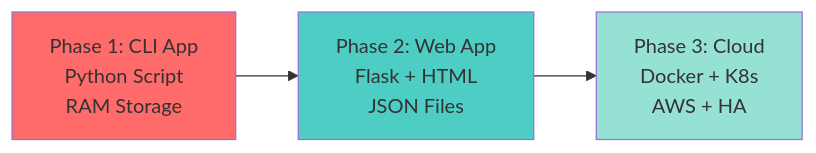
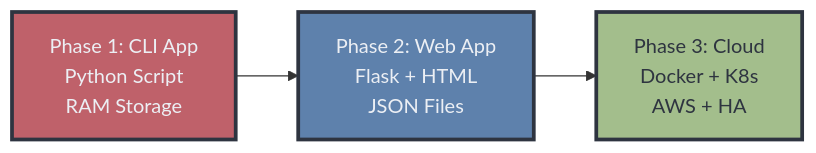
One commit to ArtiomKrits92/Devops_Final_Project changed the first of 2 diagrams in README.md. Above: the diagram before and after it, drawn with Mermaid. The commit also changed other lines of this file, not shown here.

Commit message:
Apply Nord color scheme to diagrams for dark/light mode compatibility

````diff
--- a/README.md
+++ b/README.md
@@ -50,9 +50,9 @@
 ```mermaid
 graph LR
     A[Phase 1: CLI App<br/>Python Script<br/>RAM Storage] --> B[Phase 2: Web App<br/>Flask + HTML<br/>JSON Files]
     B --> C[Phase 3: Cloud<br/>Docker + K8s<br/>AWS + HA]
     
-    style A fill:#ff6b6b
-    style B fill:#4ecdc4
-    style C fill:#95e1d3
+    style A fill:#bf616a,stroke:#2e3440,stroke-width:3px,color:#eceff4
+    style B fill:#5e81ac,stroke:#2e3440,stroke-width:3px,color:#eceff4
+    style C fill:#a3be8c,stroke:#2e3440,stroke-width:3px,color:#2e3440
 ```
````
